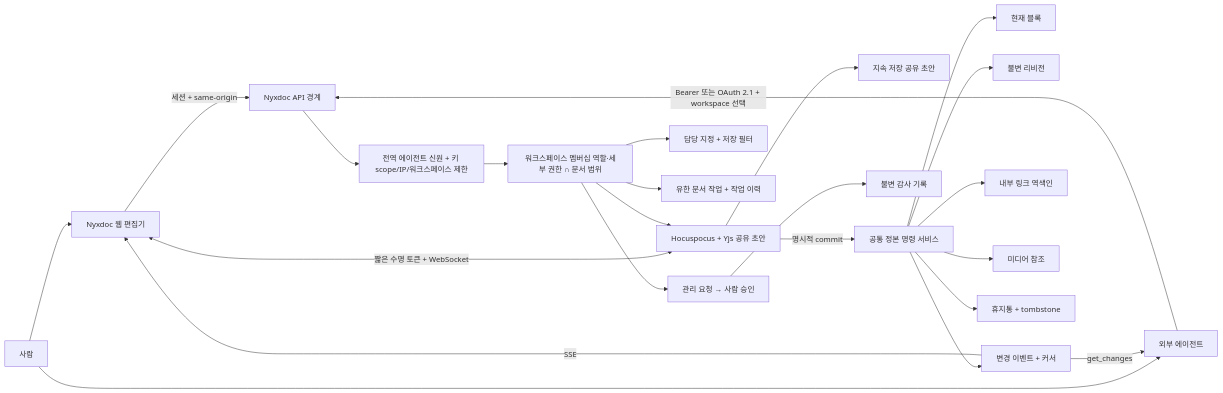
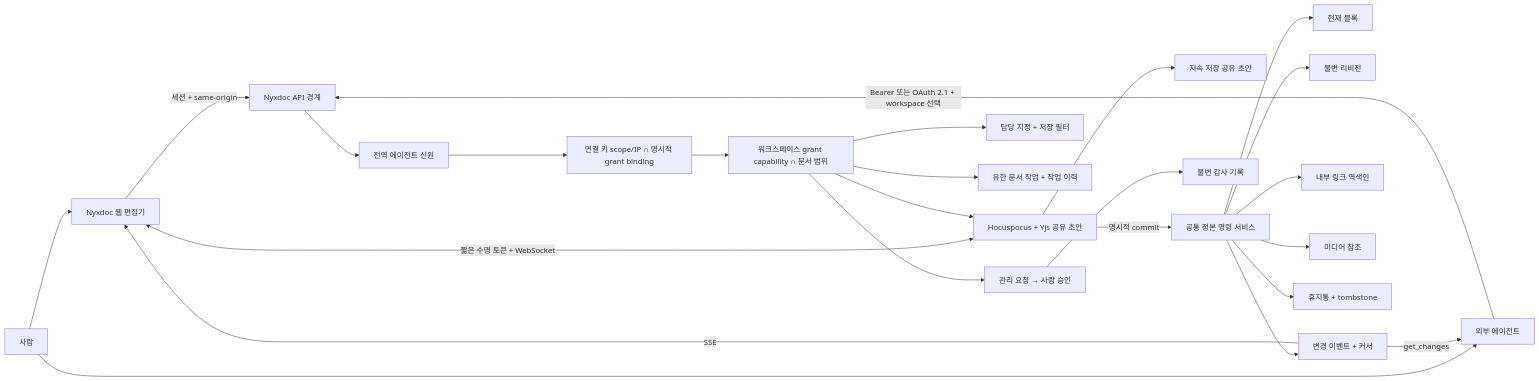
Before and after one commit to getnyxdoc/nyxdoc: the diagram in docs/architecture.md, drawn with Mermaid. The commit also changed other lines of this file and 67 other files, not shown here.

````diff
--- a/docs/architecture.md
+++ b/docs/architecture.md
@@ -14,25 +14,26 @@
 ```mermaid
 flowchart LR
   H["사람"] --> W["Nyxdoc 웹 편집기"]
   H --> C["외부 에이전트"]
   C -->|"Bearer 또는 OAuth 2.1 + workspace 선택"| G["Nyxdoc API 경계"]
   W -->|"세션 + same-origin"| G
   W <-->|"짧은 수명 토큰 + WebSocket"| Y["Hocuspocus + Yjs 공유 초안"]
-  G --> ID["전역 에이전트 신원 + 키 scope/IP/워크스페이스 제한"]
-  ID --> A["워크스페이스 멤버십 역할·세부 권한 ∩ 문서 범위"]
+  G --> ID["전역 에이전트 신원"]
+  ID --> B["연결 키 scope/IP ∩ 명시적 grant binding"]
+  B --> A["워크스페이스 grant capability ∩ 문서 범위"]
   A --> Y
   Y --> DRAFT["지속 저장 공유 초안"]
   Y -->|"명시적 commit"| S["공통 정본 명령 서비스"]
   S --> D["현재 블록"]
   S --> R["불변 리비전"]
   S --> E["변경 이벤트 + 커서"]
   S --> I["내부 링크 역색인"]
   S --> M["미디어 참조"]
   S --> T["휴지통 + tombstone"]
   A --> U["담당 지정 + 저장 필터"]
   A --> TASK["유한 문서 작업 + 작업 이력"]
   A --> Q["관리 요청 → 사람 승인"]
   Q --> L["불변 감사 기록"]
   E -->|"get_changes"| C
   E -->|"SSE"| W
 ```
````
